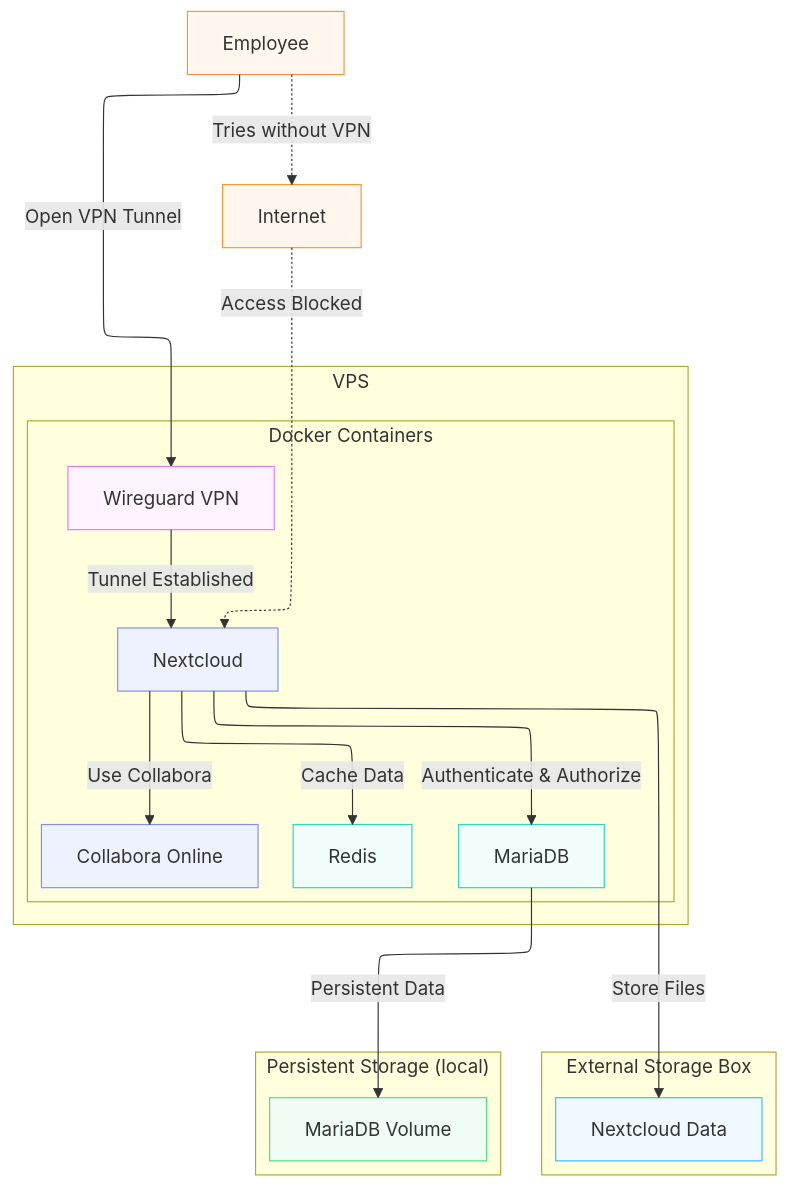
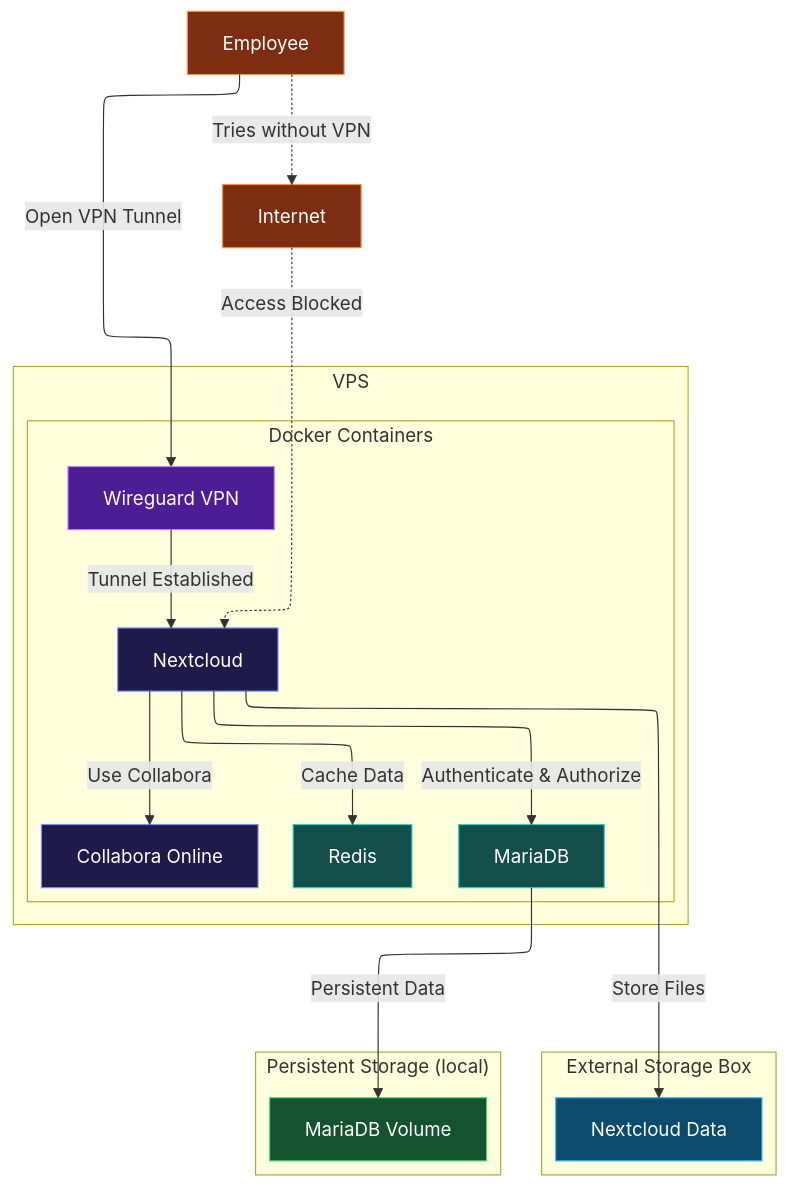
Before and after one commit to andretaborda1806/AGRUPA-cloud: the diagram in AGRUPA-cloud.md, drawn with Mermaid.

````diff
--- a/AGRUPA-cloud.md
+++ b/AGRUPA-cloud.md
@@ -18,50 +18,52 @@
 ```mermaid
 ---
 config:
   layout: elk
 ---
 flowchart TB
     subgraph VPS["VPS"]
         subgraph Containers["Docker Containers"]
             WG["Wireguard VPN"]
             NC["Nextcloud"]
             MDB["MariaDB"]
             RD["Redis"]
             CO["Collabora Online"]
         end
     end
 
     subgraph ExternalStorage["External Storage Box"]
         NCDATA["Nextcloud Data"]
     end
 
     subgraph Storage["Persistent Storage (local)"]
         VOL["MariaDB Volume"]
     end
 
     EMP["Employee"]
     INT["Internet"]
 
     EMP -->|Open VPN Tunnel| WG
     WG -->|Tunnel Established| NC
     NC -->|Authenticate & Authorize| MDB
     NC -->|Store Files| NCDATA
     MDB -->|Persistent Data| VOL
     NC -->|Cache Data| RD
     NC -->|Use Collabora| CO
     EMP -.->|Tries without VPN| INT
     INT -.->|Access Blocked| NC
 
-    classDef vpnContainer stroke:#e879f9,fill:#fdf4ff
-    classDef dataContainer stroke:#2dd4bf,fill:#f0fdfa
-    classDef appContainer stroke:#818cf8,fill:#eef2ff
-    classDef storage stroke:#4ade80,fill:#f0fdf4
-    classDef external stroke:#fb923c,fill:#fff7ed
-    classDef externalStorage stroke:#38bdf8,fill:#f0f9ff
+    %% Color definitions optimized for GitHub dark mode
+    classDef vpnContainer stroke:#c084fc,fill:#4c1d95,color:#ffffff
+    classDef dataContainer stroke:#2dd4bf,fill:#134e4a,color:#ffffff
+    classDef appContainer stroke:#818cf8,fill:#1e1b4b,color:#ffffff
+    classDef storage stroke:#4ade80,fill:#14532d,color:#ffffff
+    classDef external stroke:#fb923c,fill:#7c2d12,color:#ffffff
+    classDef externalStorage stroke:#38bdf8,fill:#0c4a6e,color:#ffffff
+
     class WG vpnContainer
     class MDB,RD dataContainer
     class NC,CO appContainer
     class VOL storage
     class NCDATA externalStorage
     class EMP,INT external
 ```
````
